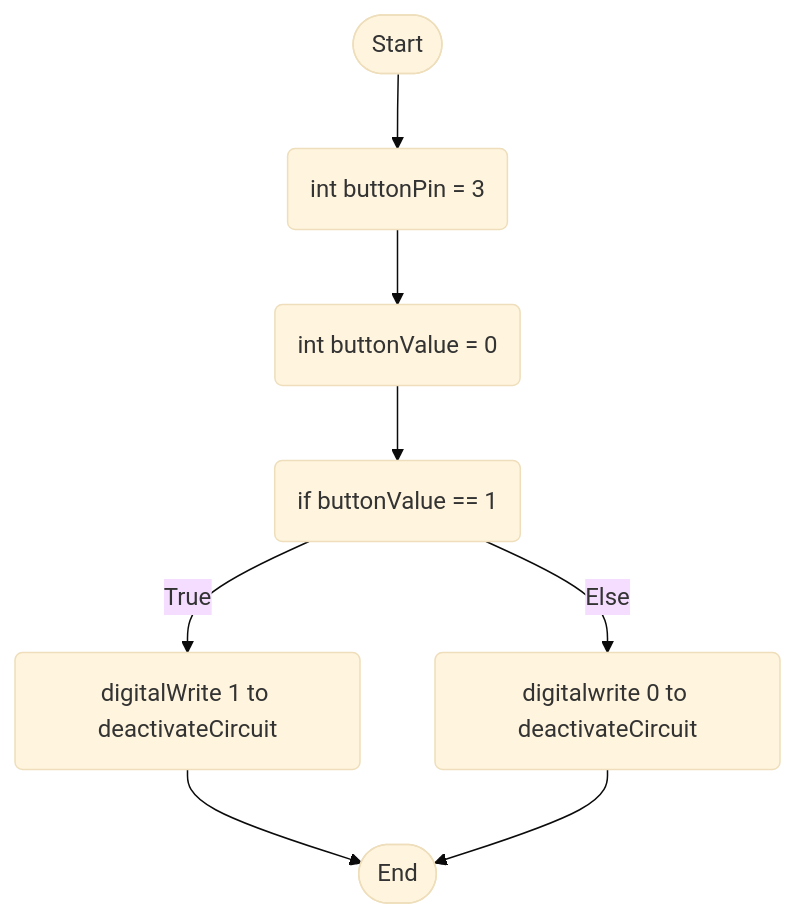
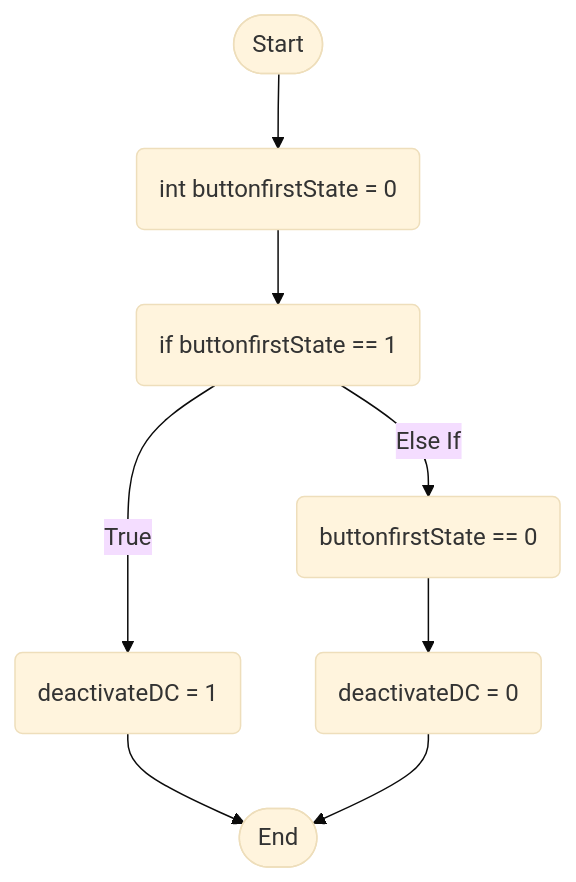
Before and after one commit to 4060269/SmartWorkstationAssessment3: the diagram in Flowcharts/firstButtonLogic.md, drawn with Mermaid (base theme).

````diff
--- a/Flowcharts/firstButtonLogic.md
+++ b/Flowcharts/firstButtonLogic.md
@@ -3,18 +3,18 @@
 ```mermaid
 flowchart TD
 terminalStart([Start])
 terminalEnd([End])
-setbuttonPin(int buttonPin = 3)
-setbuttonValue(int buttonValue = 0)
-activateButton0(if buttonValue == 1)
-activateButton1(digitalWrite 1 to deactivateCircuit)
-activateButton2(digitalwrite 0 to deactivateCircuit)
+setbuttonValue(int buttonfirstState = 0)
+activateButton0(if buttonfirstState == 1)
+activateButton1(deactivateDC = 1)
+activateButton2(buttonfirstState == 0)
+activateButton3(deactivateDC = 0)
    
-terminalStart --> setbuttonPin
-setbuttonPin --> setbuttonValue
+terminalStart --> setbuttonValue
 setbuttonValue --> activateButton0
 activateButton0 --> |True| activateButton1
-activateButton0 --> |Else| activateButton2
+activateButton0 --> |Else If| activateButton2
 activateButton1 --> terminalEnd
-activateButton2 --> terminalEnd
+activateButton2 --> activateButton3
+activateButton3 --> terminalEnd
 ```
````
